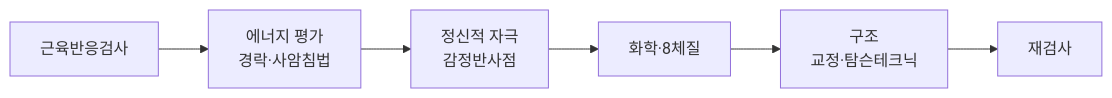
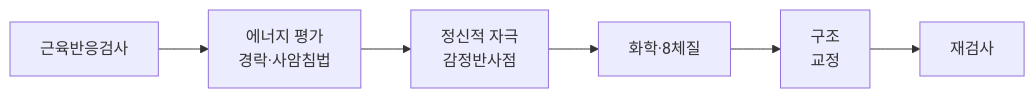
One commit to GodlovesKJH/ak-study-notes changed the second of 2 diagrams in notes/01.md. Above: the diagram before and after it, drawn with Mermaid. The commit also changed other lines of this file, not shown here.

````diff
--- a/notes/01.md
+++ b/notes/01.md
@@ -124,8 +124,8 @@
 ```mermaid
 flowchart LR
   A[근육반응검사] --> B[에너지 평가<br/>경락·사암침법]
   B --> C[정신적 자극<br/>감정반사점]
   C --> D[화학·8체질]
-  D --> E[구조<br/>교정·탐슨테크닉]
+  D --> E[구조<br/>교정]
   E --> F[재검사]
 ```
````
